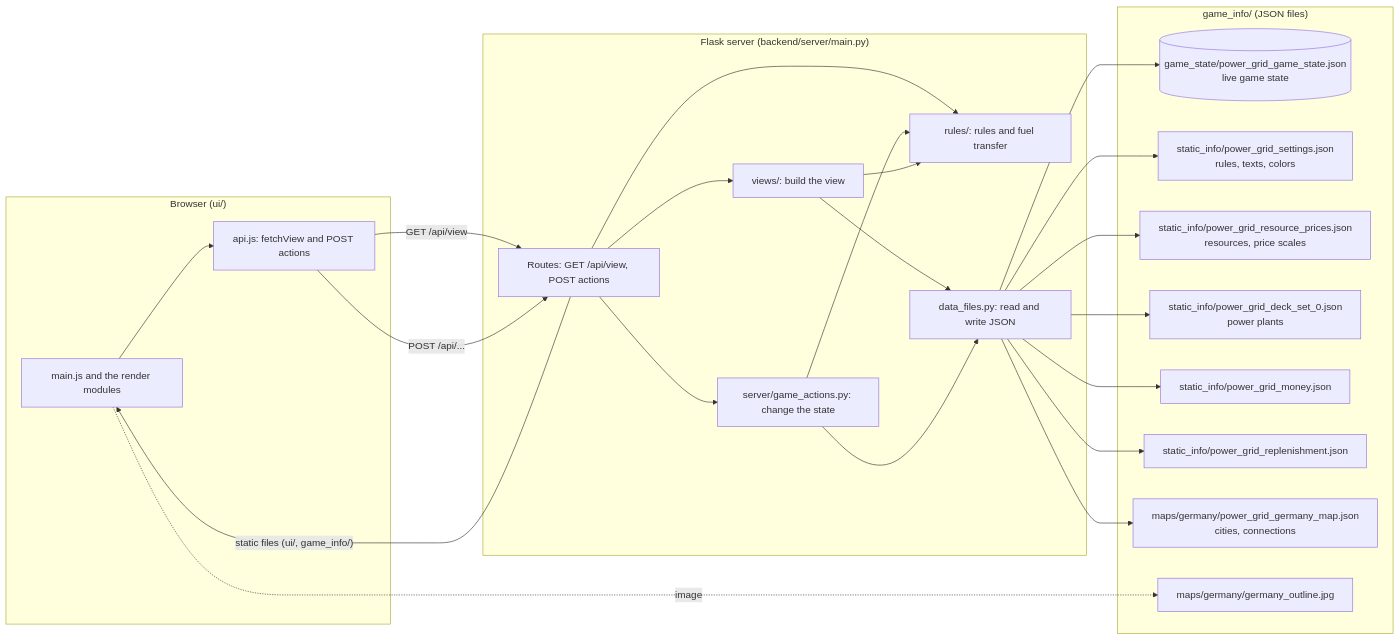
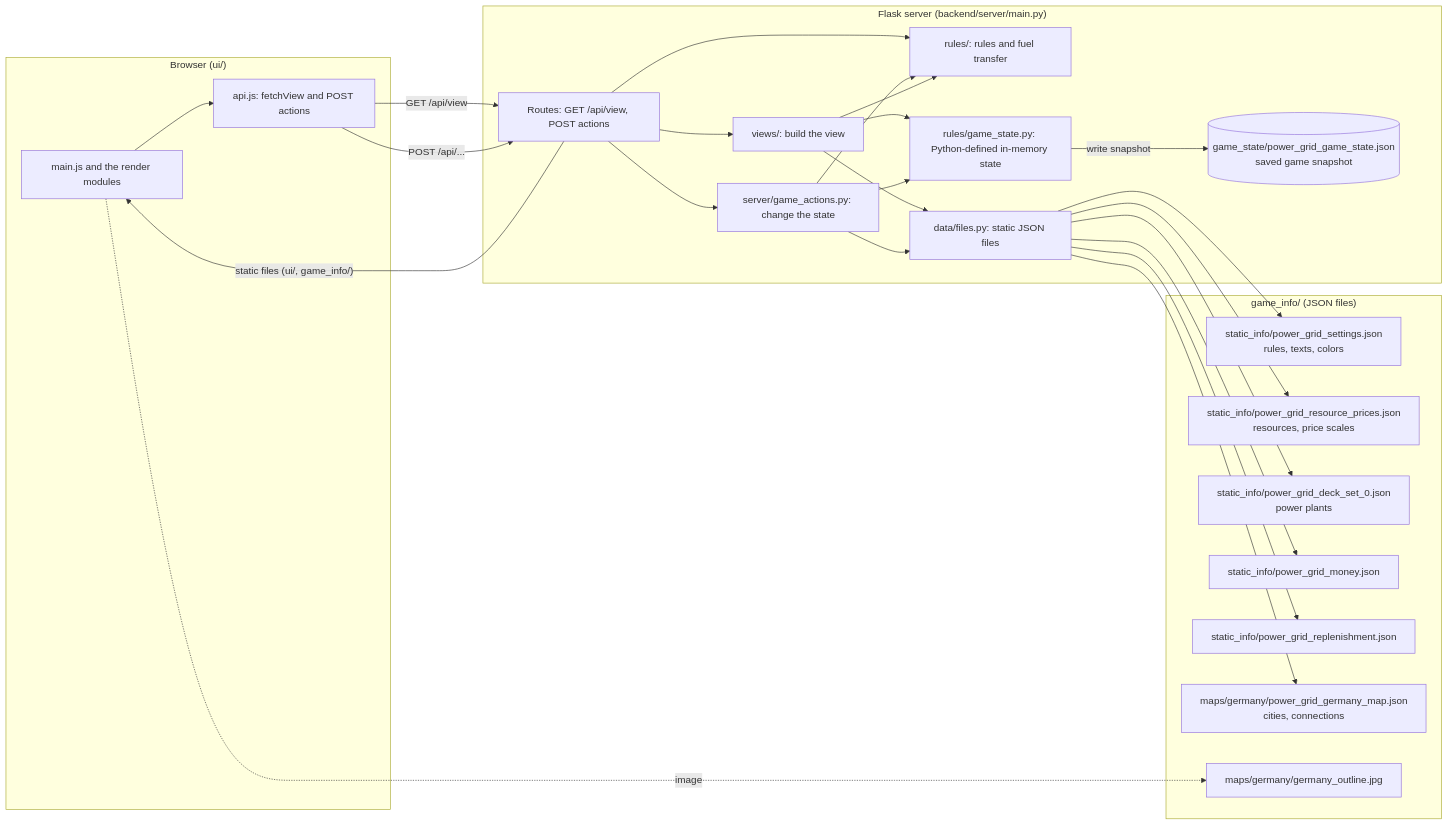
One commit to runnindrk/power-grid changed the diagram in docs/diagrams/01-system-overview.md. Above: the diagram before and after it, drawn with Mermaid. The commit also changed 17 other files, not shown here.

````diff
--- a/docs/diagrams/01-system-overview.md
+++ b/docs/diagrams/01-system-overview.md
@@ -5,46 +5,49 @@
 ```mermaid
 flowchart LR
     subgraph Browser["Browser (ui/)"]
         UI["main.js and the render modules"]
         API["api.js: fetchView and POST actions"]
         UI --> API
     end
 
     subgraph Server["Flask server (backend/server/main.py)"]
         Routes["Routes: GET /api/view, POST actions"]
         Views["views/: build the view"]
         Actions["server/game_actions.py: change the state"]
         Rules["rules/: rules and fuel transfer"]
-        Data["data_files.py: read and write JSON"]
+        State["rules/game_state.py: Python-defined in-memory state"]
+        Data["data/files.py: static JSON files"]
         Routes --> Views
         Routes --> Actions
         Routes --> Rules
+        Views --> State
+        Actions --> State
+        State -->|write snapshot| Save
         Views --> Data
         Actions --> Data
         Actions --> Rules
         Views --> Rules
     end
 
     subgraph Files["game_info/ (JSON files)"]
-        State[("game_state/power_grid_game_state.json<br/>live game state")]
+        Save[("game_state/power_grid_game_state.json<br/>saved game snapshot")]
         Settings["static_info/power_grid_settings.json<br/>rules, texts, colors"]
         Resources["static_info/power_grid_resource_prices.json<br/>resources, price scales"]
         Deck["static_info/power_grid_deck_set_0.json<br/>power plants"]
         Money["static_info/power_grid_money.json"]
         Replen["static_info/power_grid_replenishment.json"]
         Map["maps/germany/power_grid_germany_map.json<br/>cities, connections"]
         Outline["maps/germany/germany_outline.jpg"]
     end
 
     API -- "GET /api/view" --> Routes
     API -- "POST /api/..." --> Routes
     Routes -- "static files (ui/, game_info/)" --> UI
-    Data --> State
     Data --> Settings
     Data --> Resources
     Data --> Deck
     Data --> Money
     Data --> Replen
     Data --> Map
     UI -. "image" .-> Outline
 ```
````
